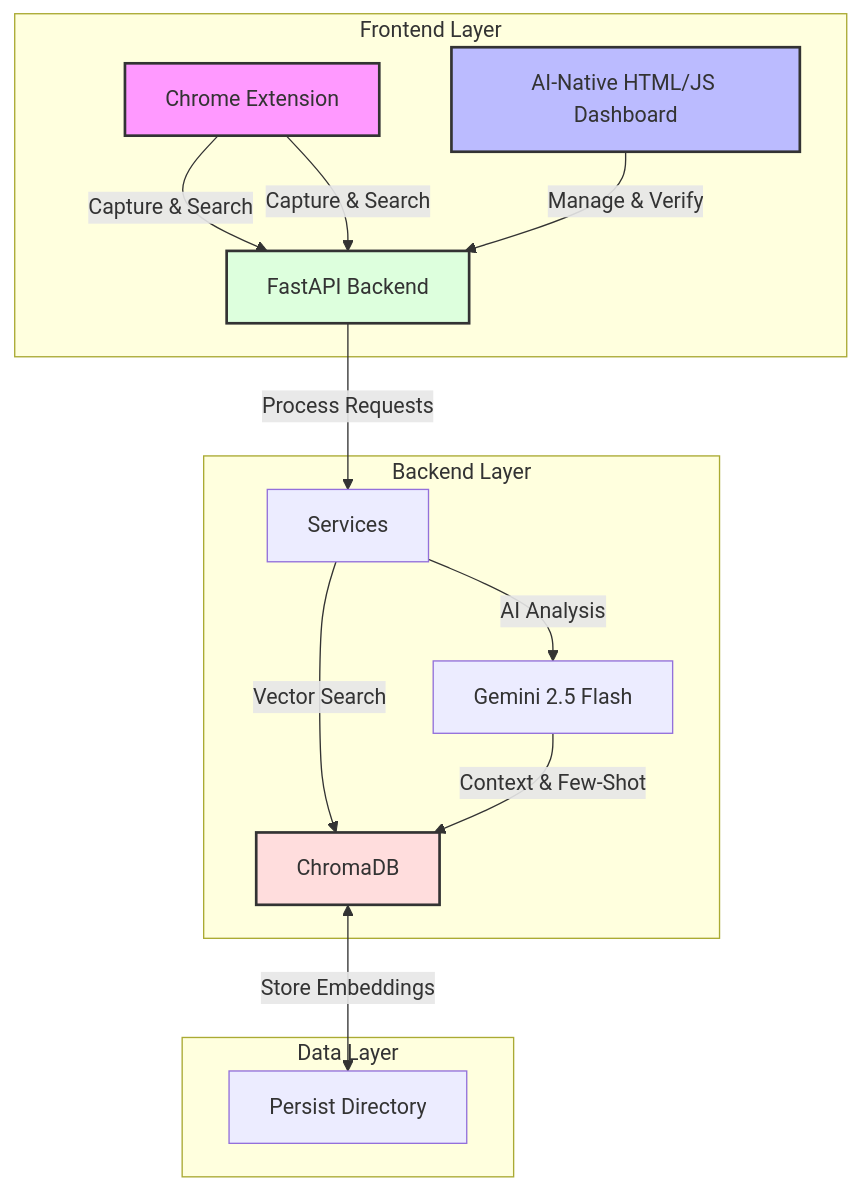
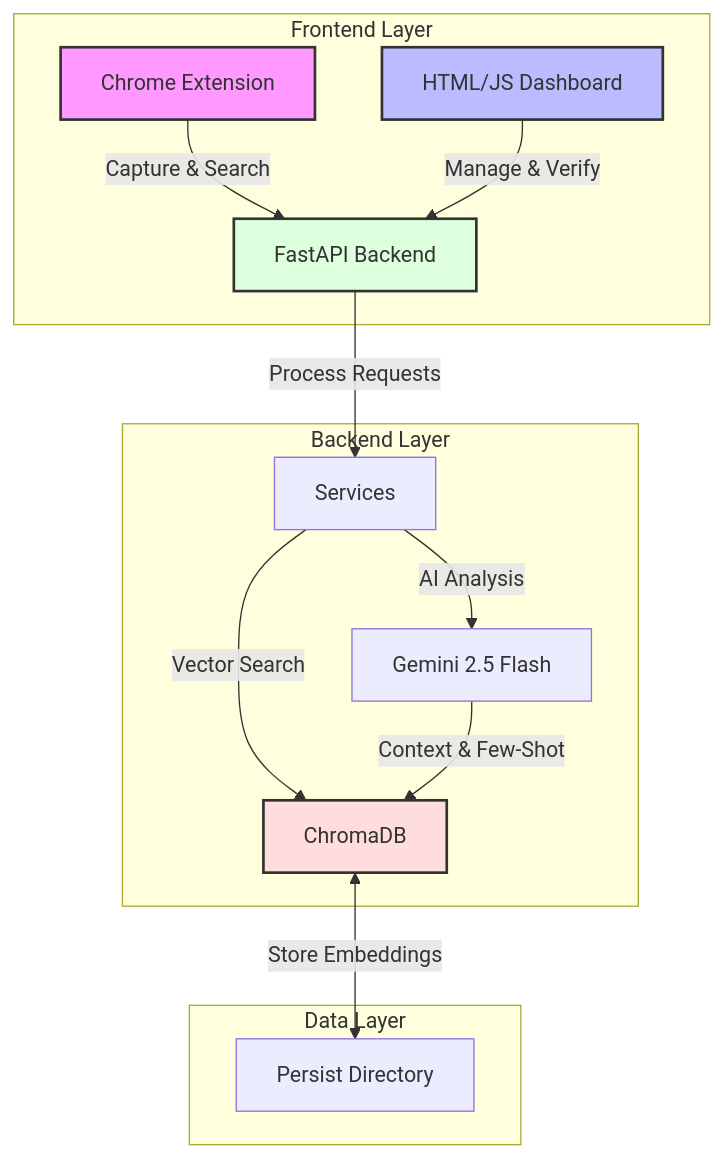
The diagram in README.md (jmoncayo-pursuit/Knowledge-Weaver), drawn with Mermaid before and after one commit. The commit also changed other lines of this file, not shown here.

````diff
--- a/README.md
+++ b/README.md
@@ -11,24 +11,23 @@
 ```mermaid
 graph TD
     subgraph "Frontend Layer"
         CE[Chrome Extension] -->|Capture & Search| API
-        CE[Chrome Extension] -->|Capture & Search| API
-        DB[AI-Native HTML/JS Dashboard] -->|Manage & Verify| API
+        DB[HTML/JS Dashboard] -->|Manage & Verify| API
     end
 
     subgraph "Backend Layer"
         API[FastAPI Backend] -->|Process Requests| S[Services]
         S -->|Vector Search| VDB[ChromaDB]
         S -->|AI Analysis| LLM[Gemini 2.5 Flash]
     end
 
     subgraph "Data Layer"
         VDB <-->|Store Embeddings| DISK[Persist Directory]
         LLM -->|Context & Few-Shot| VDB
     end
 
     style CE fill:#f9f,stroke:#333,stroke-width:2px
     style DB fill:#bbf,stroke:#333,stroke-width:2px
     style API fill:#dfd,stroke:#333,stroke-width:2px
     style VDB fill:#fdd,stroke:#333,stroke-width:2px
 ```
````
